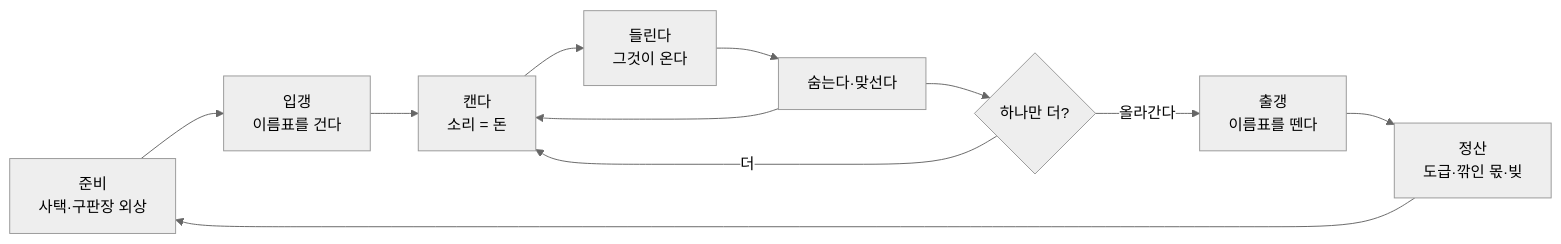
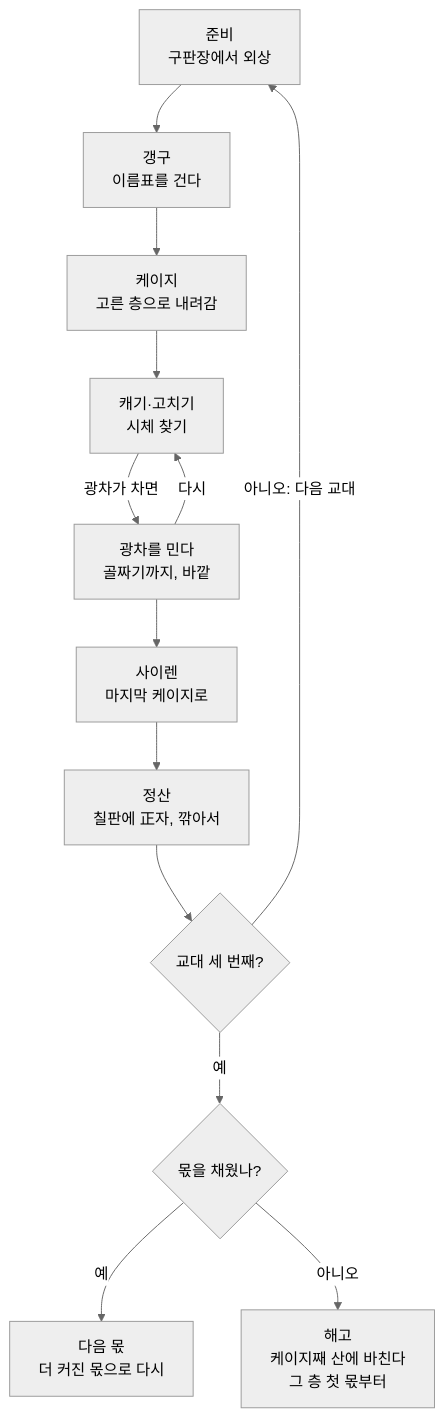
Before and after one commit to jhyun1234/Tunnel: the first of 8 diagrams in docs/기획서/기획서.md, drawn with Mermaid (neutral theme). The commit also changed other lines of this file and 3 other files, not shown here.

````diff
--- a/docs/기획서/기획서.md
+++ b/docs/기획서/기획서.md
@@ -335,13 +449,15 @@
 ```mermaid
-flowchart LR
-  P["준비<br/>사택·구판장 외상"] --> I["입갱<br/>이름표를 건다"]
-  I --> M["캔다<br/>소리 = 돈"]
-  M --> H["들린다<br/>그것이 온다"]
-  H --> S["숨는다·맞선다"]
-  S --> M
-  S --> Q{"하나만 더?"}
-  Q -- 더 --> M
-  Q -- 올라간다 --> O["출갱<br/>이름표를 뗀다"]
-  O --> R["정산<br/>도급·깎인 몫·빚"]
-  R --> P
+flowchart TD
+  P["준비<br/>구판장에서 외상"] --> G["갱구<br/>이름표를 건다"]
+  G --> C["케이지<br/>고른 층으로 내려감"]
+  C --> M["캐기·고치기<br/>시체 찾기"]
+  M -- 광차가 차면 --> K["광차를 민다<br/>골짜기까지, 바깥"]
+  K -- 다시 --> M
+  K --> S["사이렌<br/>마지막 케이지로"]
+  S --> R["정산<br/>칠판에 正자, 깎아서"]
+  R --> T{"교대 세 번째?"}
+  T -- "아니오: 다음 교대" --> P
+  T -- 예 --> Q{"몫을 채웠나?"}
+  Q -- 예 --> N["다음 몫<br/>더 커진 몫으로 다시"]
+  Q -- 아니오 --> F["해고<br/>케이지째 산에 바친다<br/>그 층 첫 몫부터"]
 ```
````
